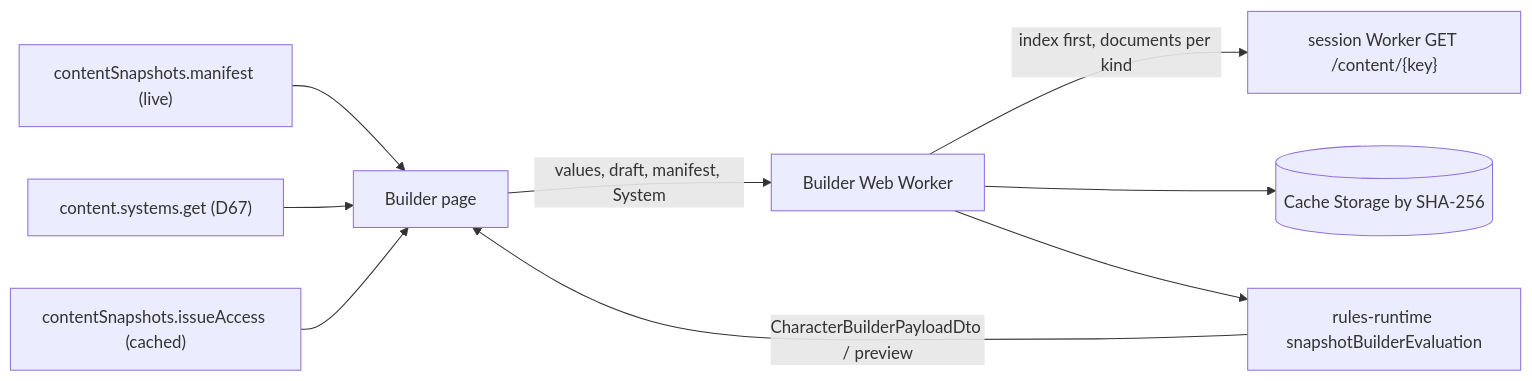
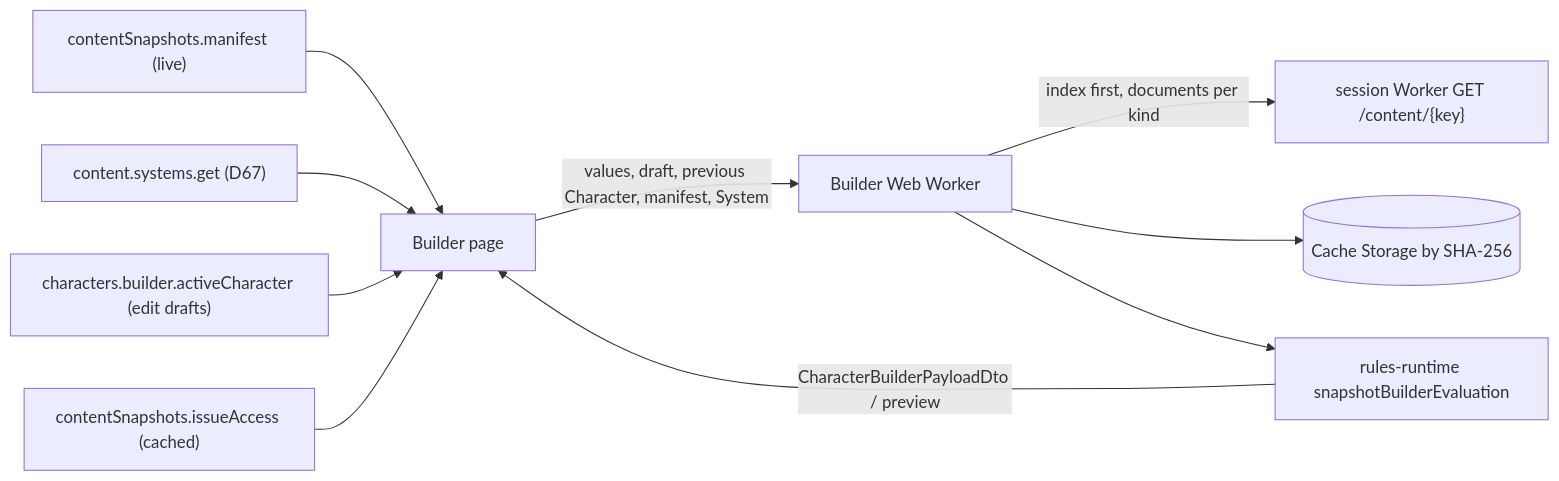
Before and after one commit to MPiland/artificer-toolkit: the eighth of 16 diagrams in docs/architecture/character.md, drawn with Mermaid. The commit also changed other lines of this file and 10 other files, not shown here.

First line of the commit message:
Evaluate edit drafts in the browser against the active Character

````diff
--- a/docs/architecture/character.md
+++ b/docs/architecture/character.md
@@ -447,11 +447,12 @@
 ```mermaid
 flowchart LR
   Manifest["contentSnapshots.manifest (live)"] --> Page["Builder page"]
   System["content.systems.get (D67)"] --> Page
+  Active["characters.builder.activeCharacter (edit drafts)"] --> Page
   Token["contentSnapshots.issueAccess (cached)"] --> Page
-  Page -- "values, draft, manifest, System" --> Worker["Builder Web Worker"]
+  Page -- "values, draft, previous Character, manifest, System" --> Worker["Builder Web Worker"]
   Worker -- "index first, documents per kind" --> Content["session Worker GET /content/{key}"]
   Worker --> Cache[("Cache Storage by SHA-256")]
   Worker --> Eval["rules-runtime snapshotBuilderEvaluation"]
   Eval -- "CharacterBuilderPayloadDto / preview" --> Page
 ```
````
